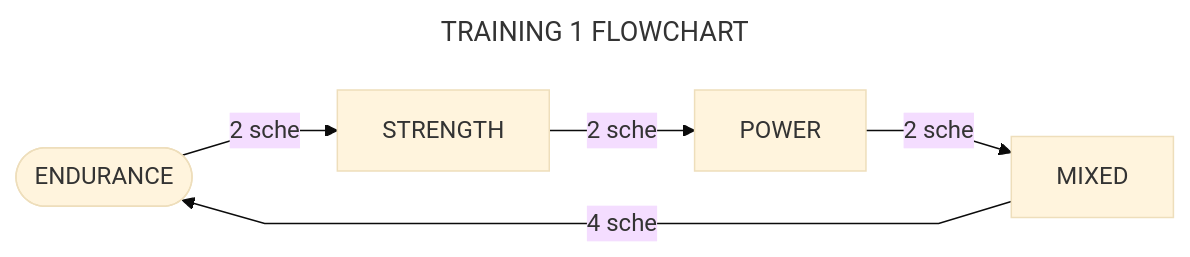
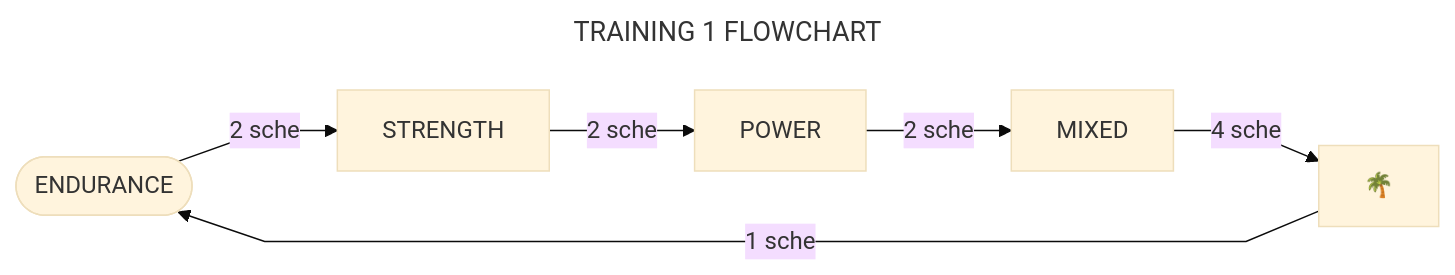
Before and after one commit to andre-cat/md-training: the diagram in training-1/training-1.md, drawn with Mermaid (base theme). The commit also changed other lines of this file and 11 other files, not shown here.

````diff
--- a/training-1/training-1.md
+++ b/training-1/training-1.md
@@ -11,26 +11,28 @@
 ```mermaid
 ---
 title: TRAINING 1 FLOWCHART
 ---
 
 %%{
     init: {
         "fontFamily": "lucida console",
         "flowchart": {
             "htmlLabels": true,
             "curve": "linear"
         }
     }
 }%%
 
 flowchart LR
     A([ENDURANCE])
     B[STRENGTH]
     C[POWER]
     D[MIXED]
+    E["#127796;"]
 
     A --2 sche--> B
     B --2 sche--> C
     C --2 sche--> D
-    D --4 sche--> A
+    D --4 sche--> E
+    E --1 sche--> A
 ```
````
